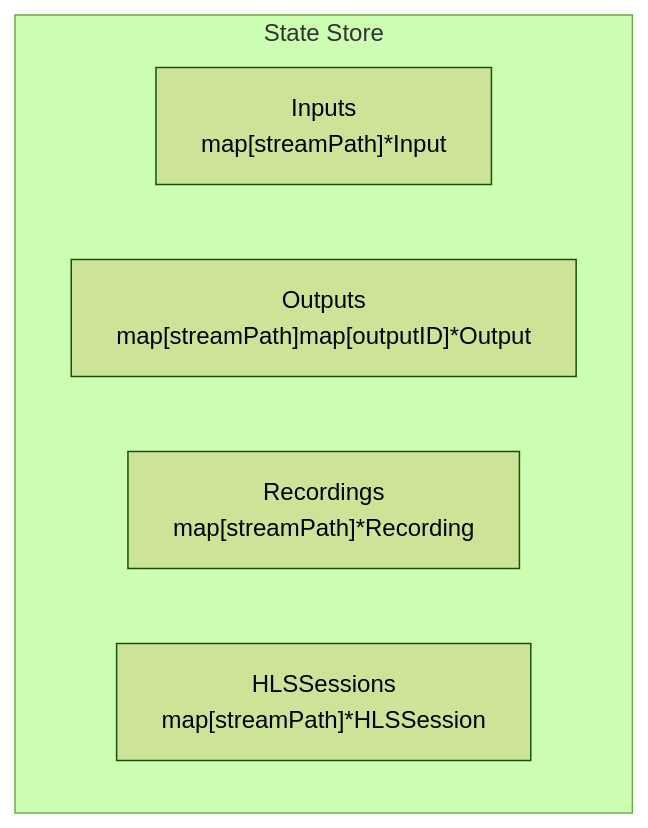
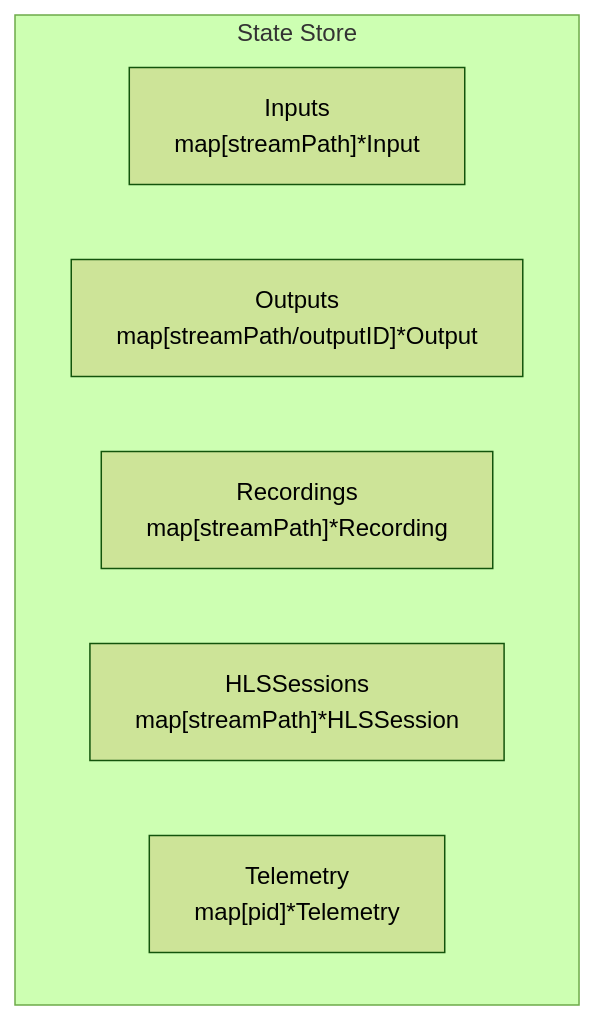
Before and after one commit to krsna1729/go-mls: the seventh of 7 diagrams in docs/architecture.md, drawn with Mermaid (forest theme). The commit also changed other lines of this file and 13 other files, not shown here.

````diff
--- a/docs/architecture.md
+++ b/docs/architecture.md
@@ -189,9 +257,10 @@
 ```mermaid
 flowchart TB
     subgraph state["State Store"]
         A["Inputs<br/>map[streamPath]*Input"]
-        B["Outputs<br/>map[streamPath]map[outputID]*Output"]
+        B["Outputs<br/>map[streamPath/outputID]*Output"]
         C["Recordings<br/>map[streamPath]*Recording"]
         D["HLSSessions<br/>map[streamPath]*HLSSession"]
+        E["Telemetry<br/>map[pid]*Telemetry"]
     end
 ```
````
